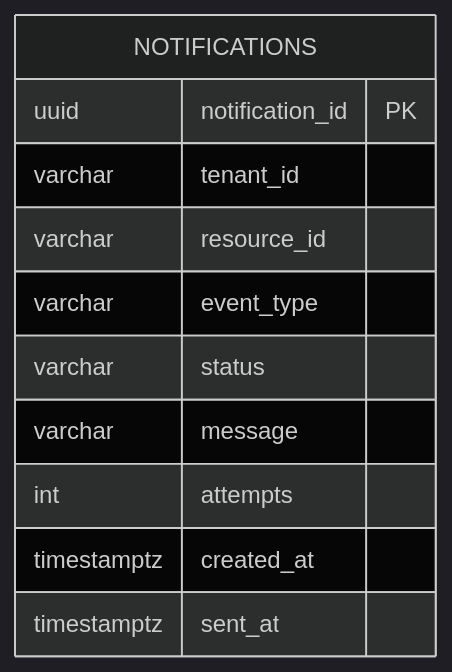
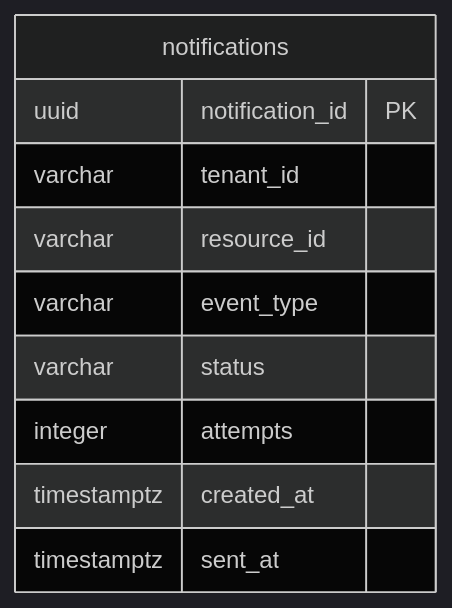
The eighth of 8 diagrams in PROJECT_REPORT.md (prajwalbhat39/microservice-cloud-resource-manager), drawn with Mermaid (dark theme) before and after one commit. The commit also changed other lines of this file and 60 other files, not shown here.

````diff
--- a/PROJECT_REPORT.md
+++ b/PROJECT_REPORT.md
@@ -466,14 +260,13 @@
 ```mermaid
 erDiagram
-    NOTIFICATIONS {
+    notifications {
         uuid notification_id PK
         varchar tenant_id
         varchar resource_id
         varchar event_type
         varchar status
-        varchar message
-        int attempts
+        integer attempts
         timestamptz created_at
         timestamptz sent_at
     }
 ```
````
